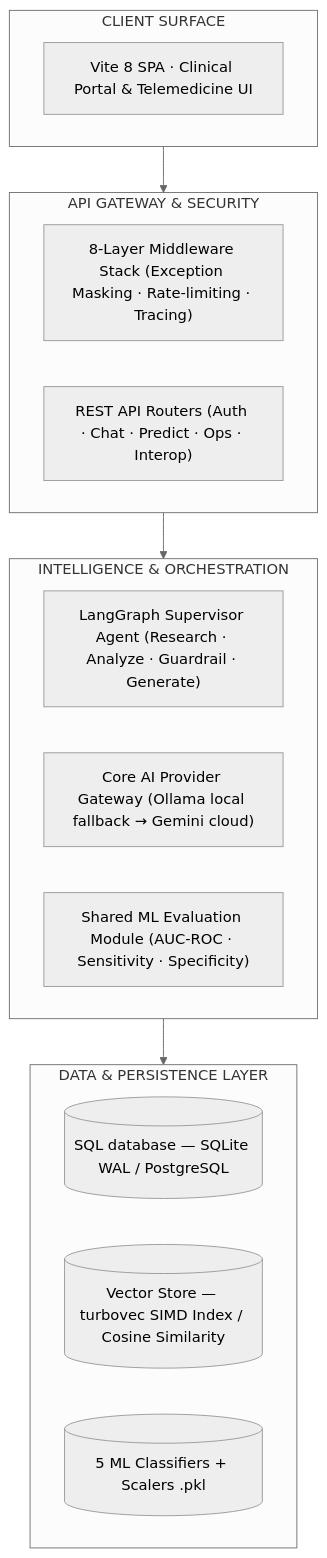
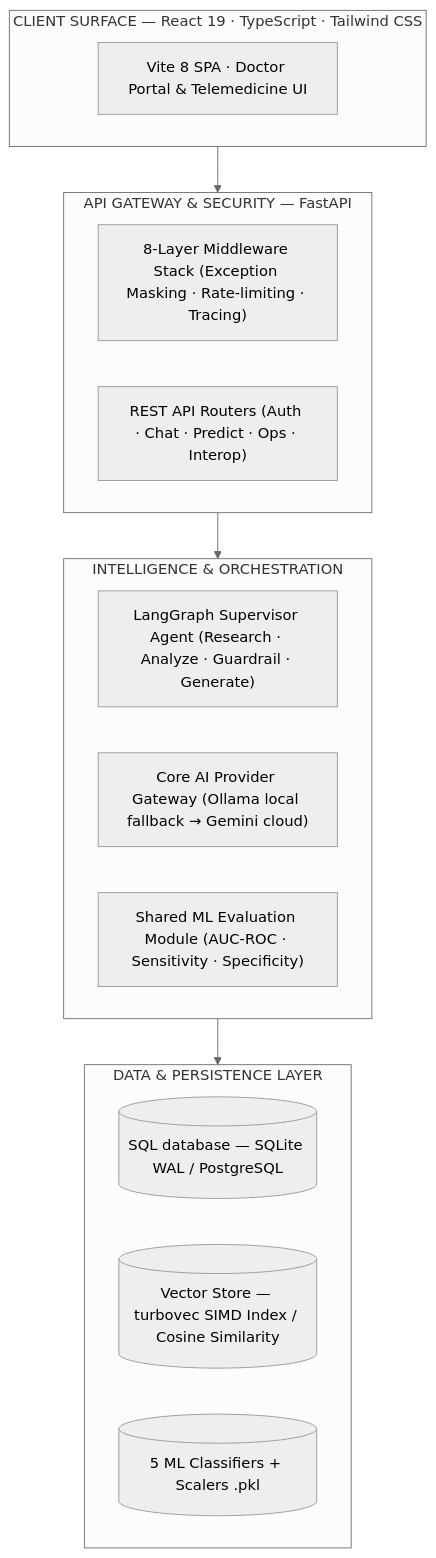
Before and after one commit to pavanbadempet/AI-Healthcare-System: the diagram in README.md, drawn with Mermaid (neutral theme). The commit also changed other lines of this file, not shown here.

````diff
--- a/README.md
+++ b/README.md
@@ -57,27 +87,27 @@
 ```mermaid
 graph TB
-    subgraph Client["CLIENT SURFACE"]
-        FE["Vite 8 SPA · Clinical Portal & Telemedicine UI"]
+    subgraph Client["CLIENT SURFACE — React 19 · TypeScript · Tailwind CSS"]
+        FE["Vite 8 SPA · Doctor Portal & Telemedicine UI"]
     end
 
-    subgraph Gateway["API GATEWAY & SECURITY"]
+    subgraph Gateway["API GATEWAY & SECURITY — FastAPI"]
         MW["8-Layer Middleware Stack (Exception Masking · Rate-limiting · Tracing)"]
         ROUTERS["REST API Routers (Auth · Chat · Predict · Ops · Interop)"]
     end
 
     subgraph Service["INTELLIGENCE & ORCHESTRATION"]
         AGENT["LangGraph Supervisor Agent (Research · Analyze · Guardrail · Generate)"]
         CORE["Core AI Provider Gateway (Ollama local fallback → Gemini cloud)"]
         EVAL["Shared ML Evaluation Module (AUC-ROC · Sensitivity · Specificity)"]
     end
 
     subgraph Data["DATA & PERSISTENCE LAYER"]
         DB[(SQL database — SQLite WAL / PostgreSQL)]
         VS[(Vector Store — turbovec SIMD Index / Cosine Similarity)]
         ML[(5 ML Classifiers + Scalers .pkl)]
     end
 
     Client --> Gateway
     Gateway --> Service
     Service --> Data
 ```
````
